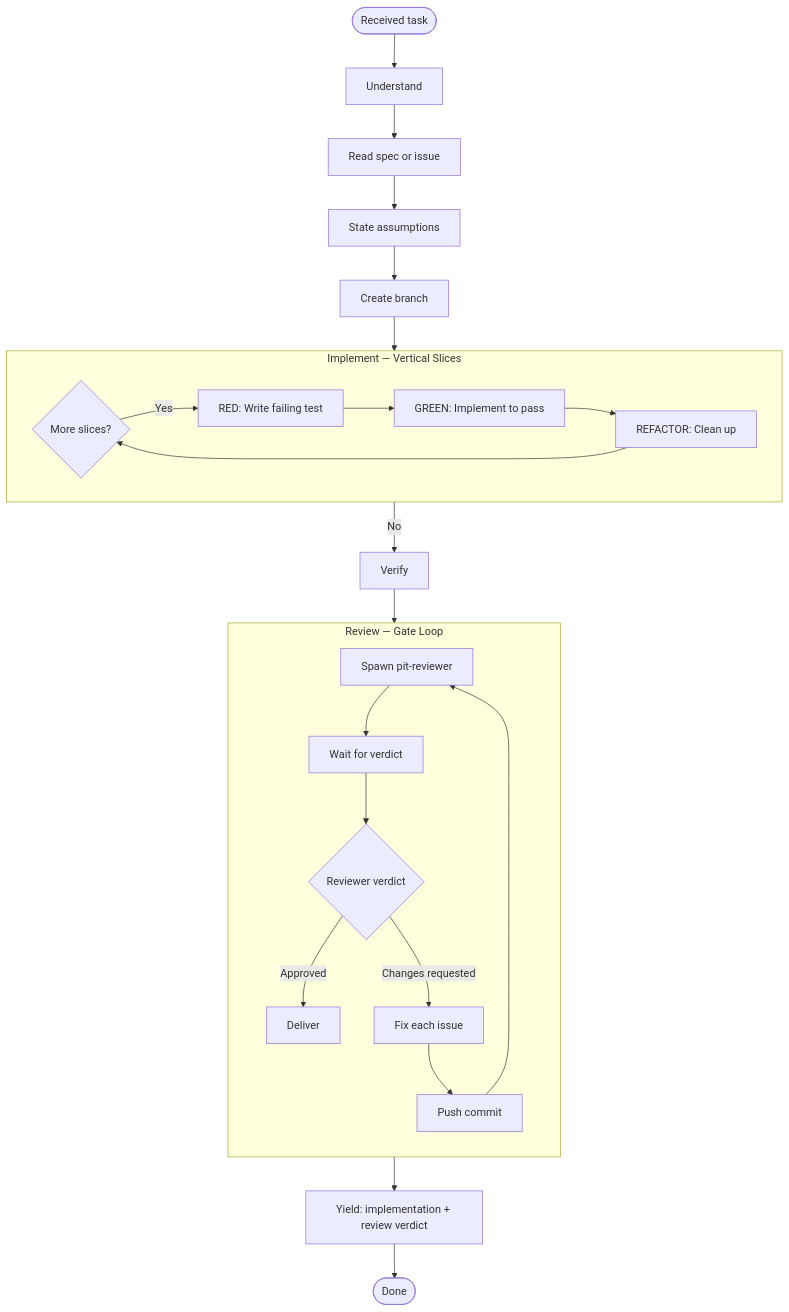
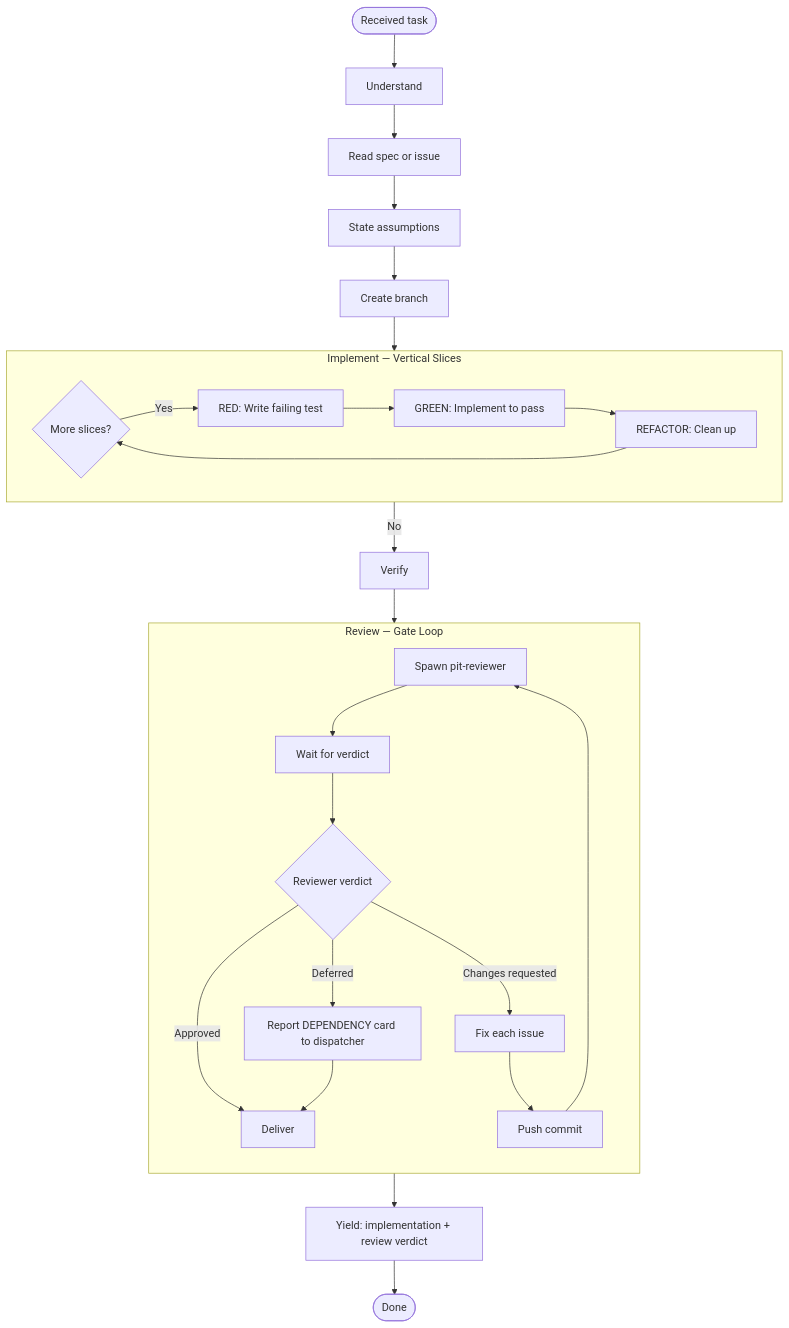
Before and after one commit to czer323/gtabs: the diagram in .omp/agents/pit-implementer.md, drawn with Mermaid. The commit also changed other lines of this file and 1 other file, not shown here.

Commit message:
chore(agents): codify reviewer deferral protocol (#52)

````diff
--- a/.omp/agents/pit-implementer.md
+++ b/.omp/agents/pit-implementer.md
@@ -32,35 +32,37 @@
 ```mermaid
 flowchart TD
     Start(["Received task"]) --> Understand[Understand]
 
     Understand --> A1[Read spec or issue]
     A1 --> A2[State assumptions]
     A2 --> A3[Create branch]
     A3 --> Implement
 
     subgraph Implement[Implement — Vertical Slices]
         direction LR
         SLICE_MORE{More slices?} -->|Yes| RED
         RED[RED: Write failing test]
         RED --> GREEN[GREEN: Implement to pass]
         GREEN --> REFACTOR[REFACTOR: Clean up]
         REFACTOR --> SLICE_MORE
     end
 
     SLICE_MORE -->|No| Verify
 
     Verify --> ReviewGate
 
     subgraph ReviewGate[Review — Gate Loop]
         direction TB
         SPAWN[Spawn pit-reviewer] --> WAIT[Wait for verdict]
         WAIT --> VERDICT{Reviewer verdict}
         VERDICT -->|Approved| Deliver
         VERDICT -->|Changes requested| FIX[Fix each issue]
         FIX --> FIX_PUSH[Push commit]
         FIX_PUSH --> SPAWN
+        VERDICT -->|Deferred| REPORT[Report DEPENDENCY card to dispatcher]
+        REPORT --> Deliver
     end
 
     Deliver[Deliver] --> YIELD[Yield: implementation + review verdict]
     YIELD --> Done(["Done"])
 ```
````
